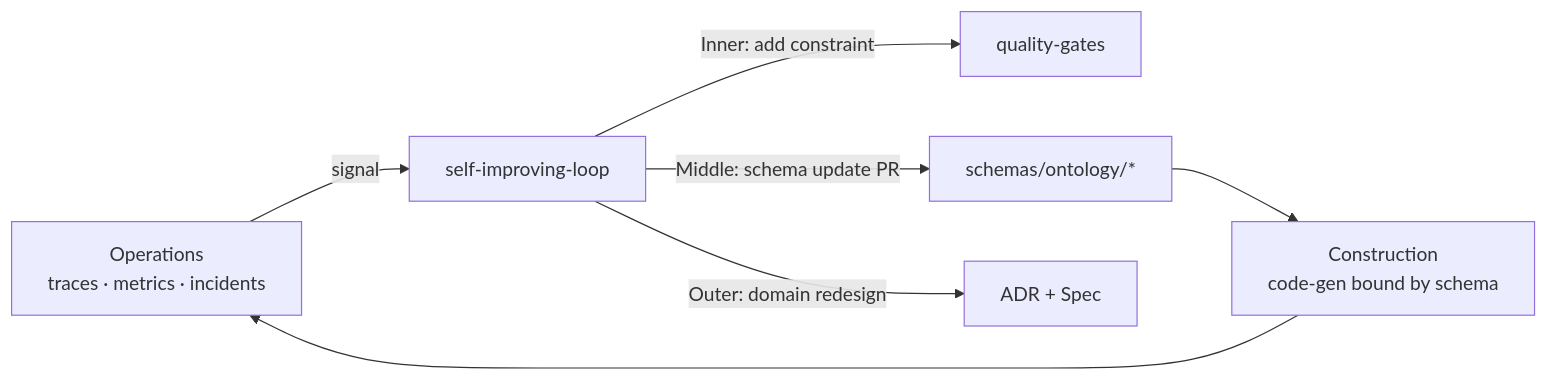
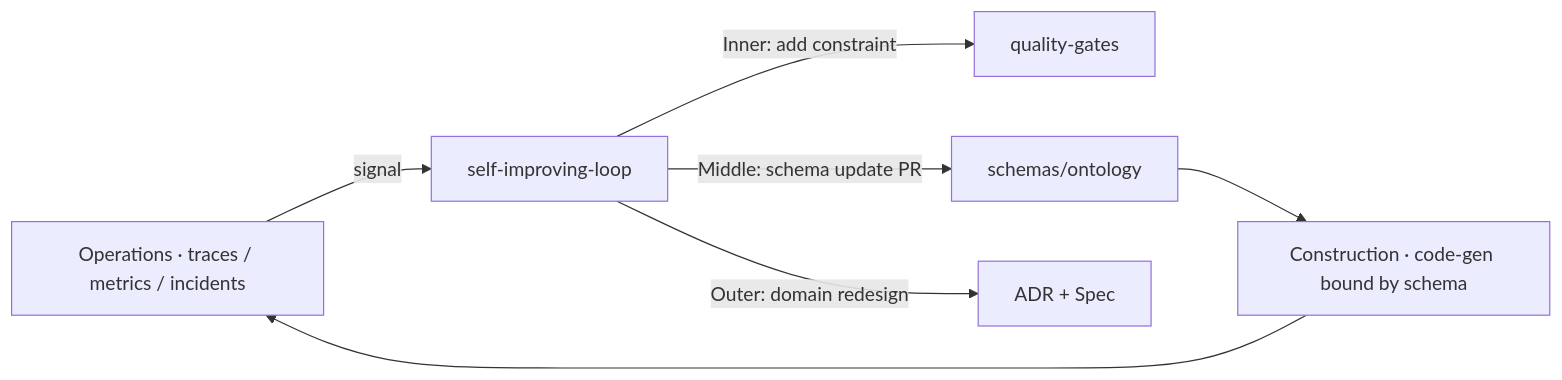
The diagram in docs/docs/ontology-engineering.md (devfloor9/sample-oh-my-aidlcops), drawn with Mermaid before and after one commit. The commit also changed 2 other files, not shown here.

Commit message:
fix(docs): repair broken Mermaid diagrams with quoted labels
The philosophy flowchart never rendered: the edge label `(6R)` and the
`·`/`<br/>` node labels were unquoted, and Mermaid aborts the entire
diagram on the first parse error. Quote every node and edge label per
the new diagram-authoring standard, and migrate `-->|label|` pipe edges
to the `-- "label" -->` form that tolerates special characters.

- philosophy (ko + en i18n): quote all labels; also sync the en copy,
  which had drifted (missing the Brownfield and ai-infra runtime nodes).
- ontology-engineering: quote labels; drop the bare `schemas/ontology/*`
  asterisk and `ADR + Spec` plus-sign that risked the same parse abort.

Docusaurus production build passes. Grandfathered Mermaid blocks now
meet the standard's minimum quoted-label bar.

````diff
--- a/docs/docs/ontology-engineering.md
+++ b/docs/docs/ontology-engineering.md
@@ -81,9 +81,9 @@
 ```mermaid
 flowchart LR
-    O[Operations<br/>traces · metrics · incidents] -->|signal| SIL[self-improving-loop]
-    SIL -->|Inner: add constraint| QG[quality-gates]
-    SIL -->|Middle: schema update PR| ONT[schemas/ontology/*]
-    SIL -->|Outer: domain redesign| ADR[ADR + Spec]
-    ONT --> C[Construction<br/>code-gen bound by schema]
+    O["Operations · traces / metrics / incidents"] -- "signal" --> SIL["self-improving-loop"]
+    SIL -- "Inner: add constraint" --> QG["quality-gates"]
+    SIL -- "Middle: schema update PR" --> ONT["schemas/ontology"]
+    SIL -- "Outer: domain redesign" --> ADR["ADR + Spec"]
+    ONT --> C["Construction · code-gen bound by schema"]
     C --> O
 ```
````
